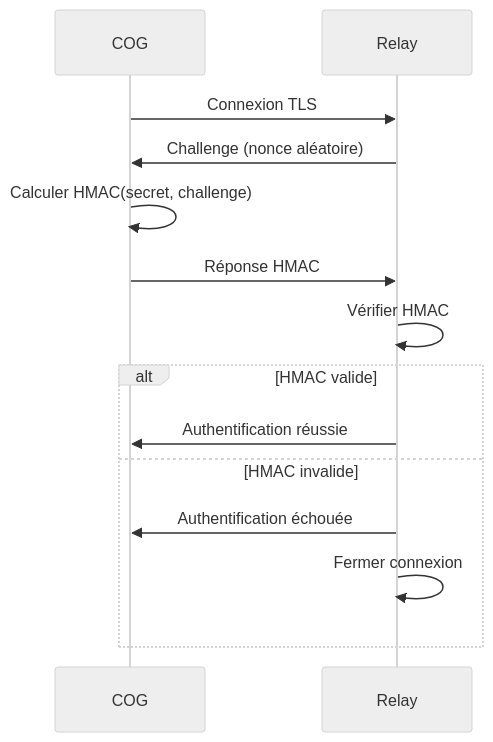
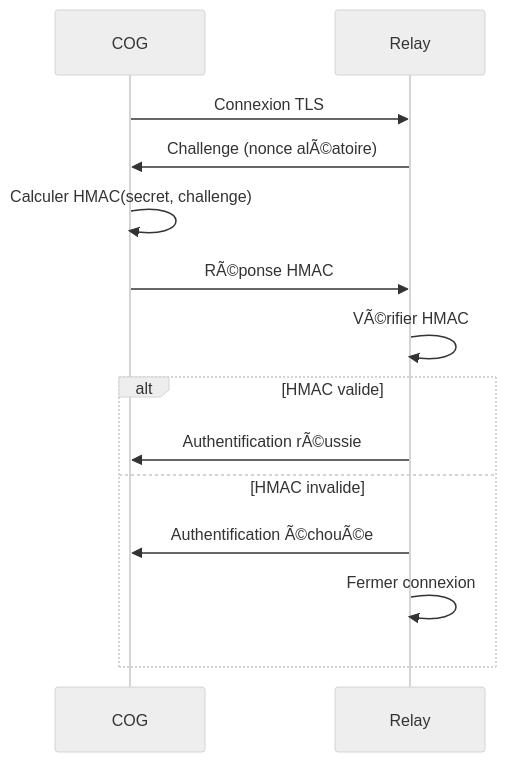
One commit to StudioMiyukini/miyukini_cog changed the second of 3 diagrams in docs/miyukini-webway-system/securite/MWS - Chiffrement et TLS.md. Above: the diagram before and after it, drawn with Mermaid (neutral theme). The commit also changed other lines of this file and 1287 other files, not shown here.

````diff
--- a/docs/miyukini-webway-system/securite/MWS - Chiffrement et TLS.md
+++ b/docs/miyukini-webway-system/securite/MWS - Chiffrement et TLS.md
@@ -227,17 +227,17 @@
 ```mermaid
 sequenceDiagram
     participant COG as COG
     participant R as Relay
 
     COG->>R: Connexion TLS
-    R->>COG: Challenge (nonce aléatoire)
+    R->>COG: Challenge (nonce alÃ©atoire)
     COG->>COG: Calculer HMAC(secret, challenge)
-    COG->>R: Réponse HMAC
-    R->>R: Vérifier HMAC
+    COG->>R: RÃ©ponse HMAC
+    R->>R: VÃ©rifier HMAC
     alt HMAC valide
-        R->>COG: Authentification réussie
+        R->>COG: Authentification rÃ©ussie
     else HMAC invalide
-        R->>COG: Authentification échouée
+        R->>COG: Authentification Ã©chouÃ©e
         R->>R: Fermer connexion
     end
 ```
````
